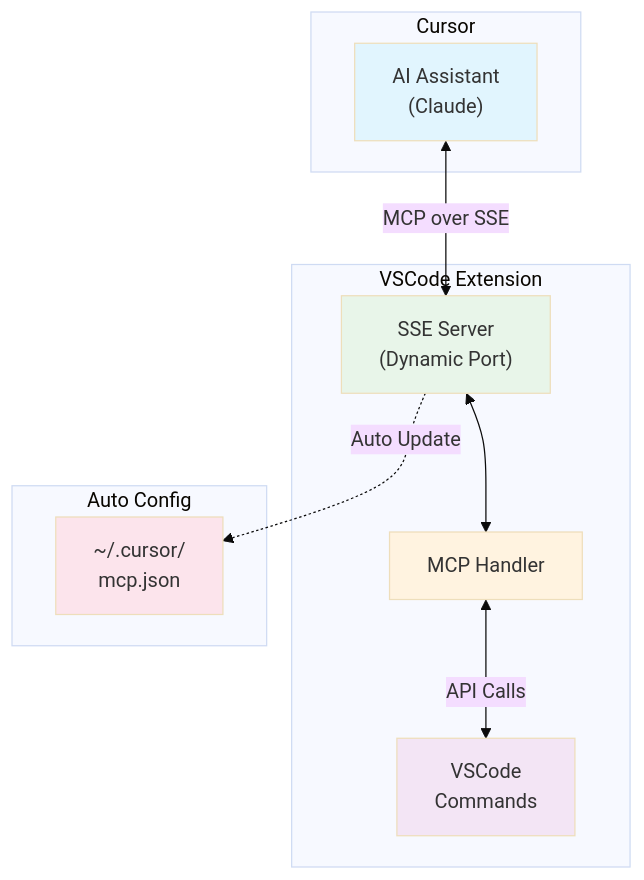
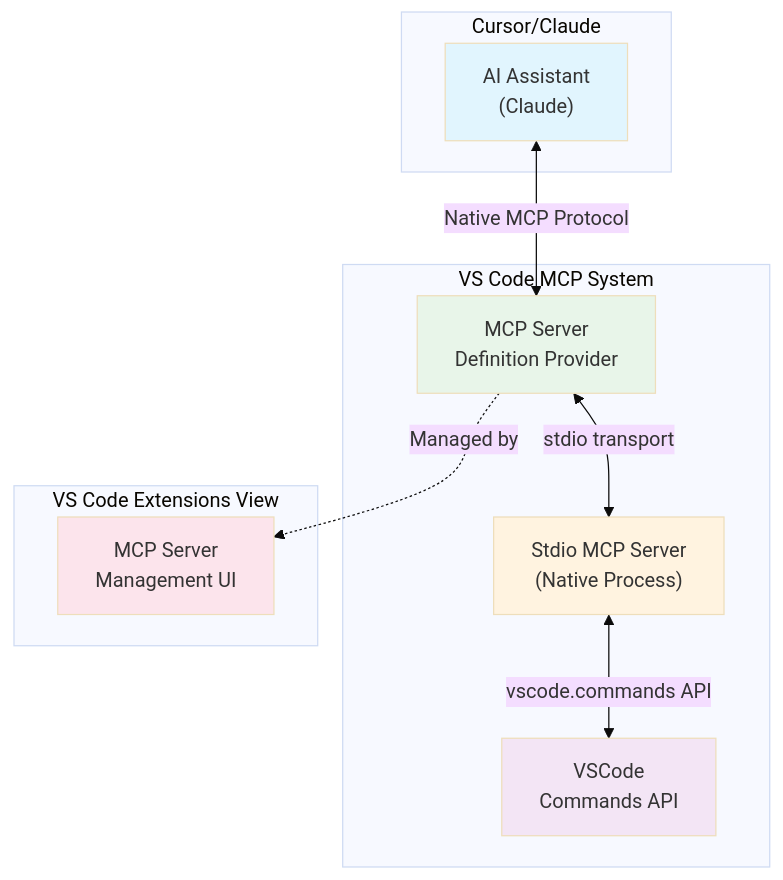
Before and after one commit to louisfghbvc/mcp-vscode-commands: the first of 2 diagrams in README.md, drawn with Mermaid (base theme). The commit also changed other lines of this file and 11 other files, not shown here.

Commit message:
更新 CHANGELOG.md 以記錄 v2.0.0 重大版本，完全遷移至 VS Code 原生 MCP 架構，移除舊的 HTTP/SSE 服務器，新增自動遷移工具及相關命令，並簡化安裝流程為零配置體驗。更新 package.json 以註冊新命令，並重構 extension.ts 以支援遷移檢查與通知功能。

````diff
--- a/README.md
+++ b/README.md
@@ -16,27 +18,27 @@
 ```mermaid
 graph TB
-    subgraph "Cursor"
+    subgraph "Cursor/Claude"
         LLM["AI Assistant<br/>(Claude)"]
     end
     
-    subgraph "VSCode Extension"
-        SSE["SSE Server<br/>(Dynamic Port)"]
-        MCP["MCP Handler"]
-        Commands["VSCode<br/>Commands"]
+    subgraph "VS Code MCP System"
+        Provider["MCP Server<br/>Definition Provider"]
+        Server["Stdio MCP Server<br/>(Native Process)"]
+        Commands["VSCode<br/>Commands API"]
     end
     
-    subgraph "Auto Config"
-        Config["~/.cursor/<br/>mcp.json"]
+    subgraph "VS Code Extensions View"
+        Management["MCP Server<br/>Management UI"]
     end
     
-    LLM <-->|"MCP over SSE"| SSE
-    SSE <--> MCP
-    MCP <-->|"API Calls"| Commands
-    SSE -.->|"Auto Update"| Config
+    LLM <-->|"Native MCP Protocol"| Provider
+    Provider <-->|"stdio transport"| Server
+    Server <-->|"vscode.commands API"| Commands
+    Provider -.->|"Managed by"| Management
     
     style LLM fill:#e1f5fe
-    style SSE fill:#e8f5e9  
-    style MCP fill:#fff3e0
+    style Provider fill:#e8f5e9  
+    style Server fill:#fff3e0
     style Commands fill:#f3e5f5
-    style Config fill:#fce4ec
+    style Management fill:#fce4ec
 ```
````
